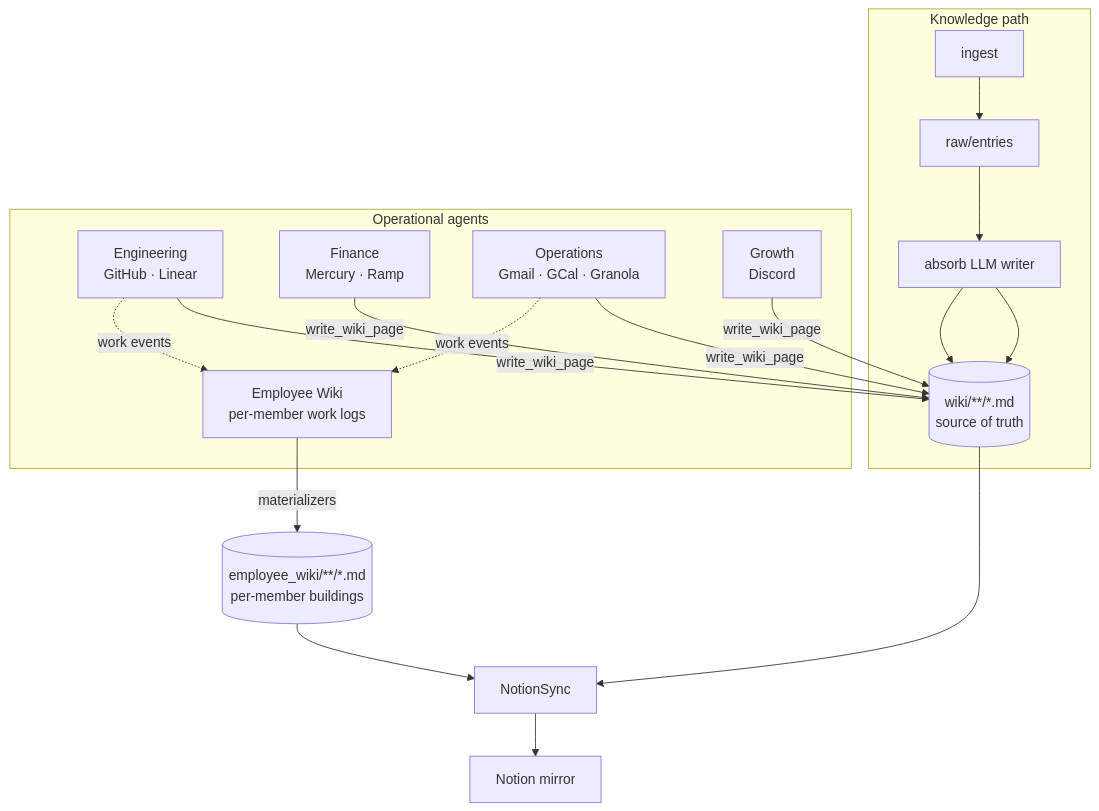
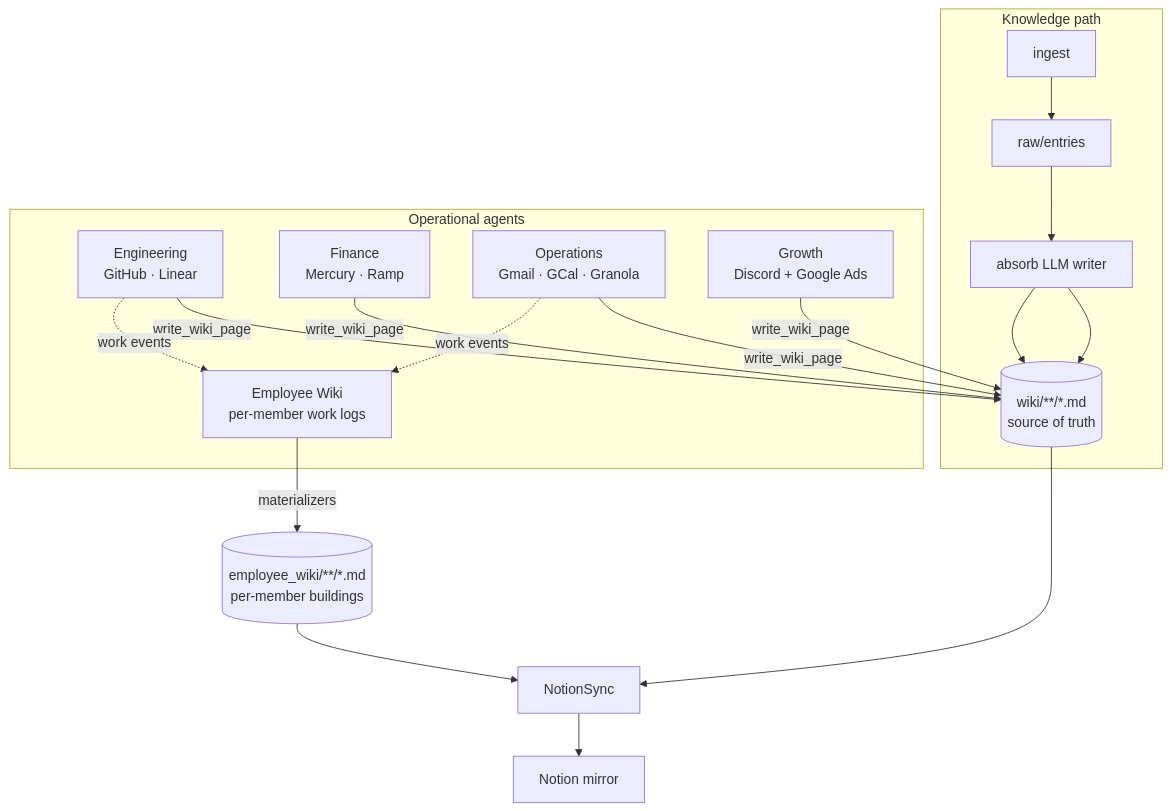
The diagram in README.md (NickyHeC/4r7a), drawn with Mermaid before and after one commit. The commit also changed other lines of this file and 21 other files, not shown here.

First line of the commit message:
Add read-only Google Ads growth platform.

````diff
--- a/README.md
+++ b/README.md
@@ -42,31 +42,31 @@
 ```mermaid
 flowchart TD
   subgraph knowledge [Knowledge path]
     IN[ingest] --> RAW[raw/entries]
     RAW --> ABS[absorb LLM writer]
     ABS --> WIKI
   end
 
   subgraph departments [Operational agents]
     ENG[Engineering\nGitHub · Linear]
     FIN[Finance\nMercury · Ramp]
     OPS[Operations\nGmail · GCal · Granola]
-    GRO[Growth\nDiscord]
+    GRO[Growth\nDiscord + Google Ads]
     EW[Employee Wiki\nper-member work logs]
   end
 
   WIKI[(wiki/**/*.md\nsource of truth)]
   EWIKI[(employee_wiki/**/*.md\nper-member buildings)]
   NOTION[Notion mirror]
 
   ENG -->|write_wiki_page| WIKI
   FIN -->|write_wiki_page| WIKI
   OPS -->|write_wiki_page| WIKI
   GRO -->|write_wiki_page| WIKI
   ABS --> WIKI
   ENG -. work events .-> EW
   OPS -. work events .-> EW
   EW -->|materializers| EWIKI
   WIKI --> NotionSync --> NOTION
   EWIKI --> NotionSync
 ```
````
